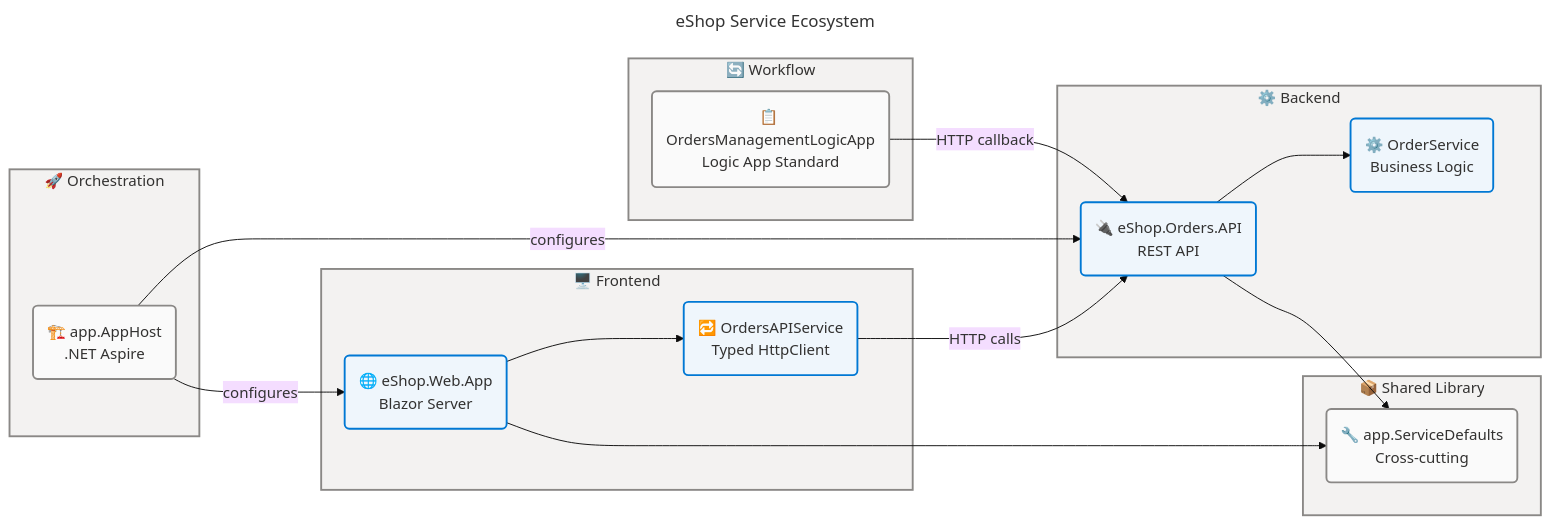
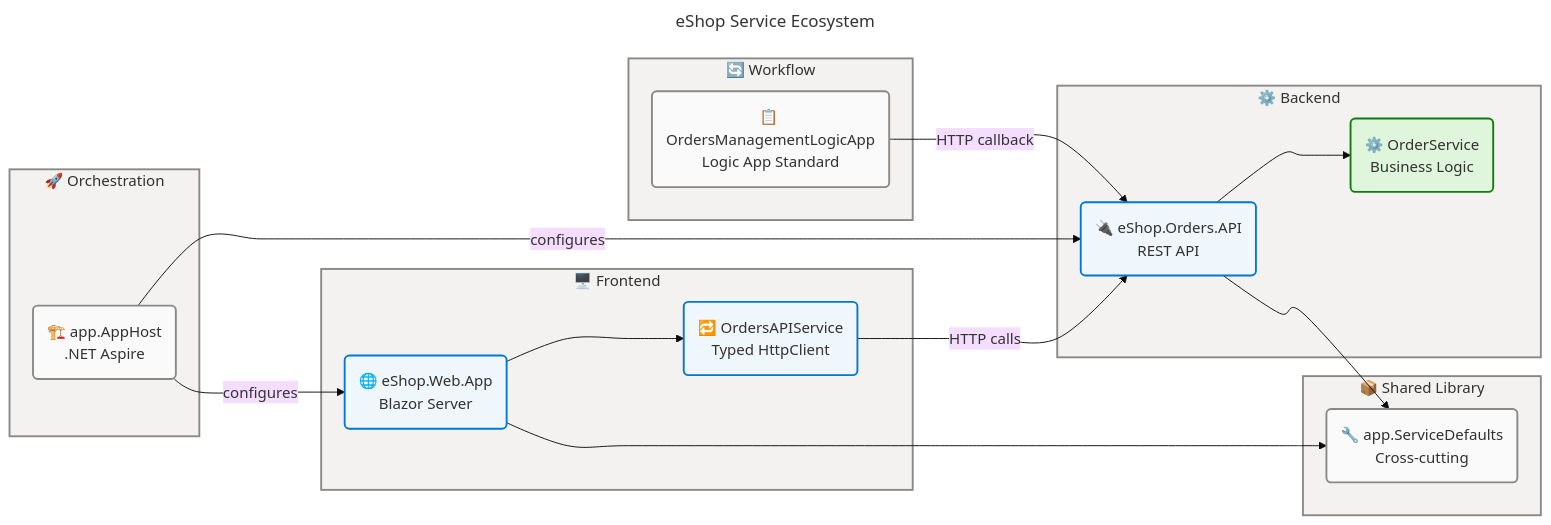
Before and after one commit to Evilazaro/Azure-LogicApps-Monitoring: the second of 8 diagrams in docs/architecture/application-architecture.md, drawn with Mermaid. The commit also changed other lines of this file, not shown here.

Commit message:
Enhance Mermaid diagrams with improved label formatting and curve settings for better readability

````diff
--- a/docs/architecture/application-architecture.md
+++ b/docs/architecture/application-architecture.md
@@ -124,68 +125,70 @@
 ```mermaid
 ---
 title: eShop Service Ecosystem
 config:
   theme: base
   look: classic
   layout: dagre
   themeVariables:
     fontSize: '16px'
   flowchart:
     htmlLabels: true
+    curve: cardinal
 ---
 flowchart LR
     accTitle: eShop Service Ecosystem Map
     accDescr: Shows all application components with inter-service relationships, shared libraries, and dependency directions. WCAG AA compliant.
 
     %% ═══════════════════════════════════════════════════════════════════════════
     %% AZURE / FLUENT ARCHITECTURE PATTERN v1.1
     %% (Semantic + Structural + Font + Accessibility Governance)
     %% ═══════════════════════════════════════════════════════════════════════════
     %% PHASE 1 - FLUENT UI: All styling uses approved Fluent UI palette only
     %% PHASE 2 - GROUPS: Every subgraph has semantic color via style directive
     %% PHASE 3 - COMPONENTS: Every node has semantic classDef + icon prefix
     %% PHASE 4 - ACCESSIBILITY: accTitle/accDescr present, WCAG AA contrast
     %% PHASE 5 - STANDARD: Governance block present, classDefs centralized
     %% ═══════════════════════════════════════════════════════════════════════════
 
     subgraph ORCH["🚀 Orchestration"]
-        AH("🏗️ app.AppHost\n.NET Aspire"):::neutral
+        AH("🏗️ app.AppHost<br>.NET Aspire"):::neutral
     end
 
     subgraph SHARED["📦 Shared Library"]
-        SD("🔧 app.ServiceDefaults\nCross-cutting"):::neutral
+        SD("🔧 app.ServiceDefaults<br>Cross-cutting"):::neutral
     end
 
     subgraph FE["🖥️ Frontend"]
-        WEB("🌐 eShop.Web.App\nBlazor Server"):::core
-        APIS("🔁 OrdersAPIService\nTyped HttpClient"):::core
+        WEB("🌐 eShop.Web.App<br>Blazor Server"):::core
+        APIS("🔁 OrdersAPIService<br>Typed HttpClient"):::core
     end
 
     subgraph BE["⚙️ Backend"]
-        API("🔌 eShop.Orders.API\nREST API"):::core
-        SVC("⚙️ OrderService\nBusiness Logic"):::core
+        API("🔌 eShop.Orders.API<br>REST API"):::core
+        SVC("⚙️ OrderService<br>Business Logic"):::success
     end
 
     subgraph WF["🔄 Workflow"]
-        LA("📋 OrdersManagementLogicApp\nLogic App Standard"):::neutral
+        LA("📋 OrdersManagementLogicApp<br>Logic App Standard"):::neutral
     end
 
     AH -->|"configures"| WEB
     AH -->|"configures"| API
     WEB --> SD
     API --> SD
     WEB --> APIS
     APIS -->|"HTTP calls"| API
     API --> SVC
     LA -->|"HTTP callback"| API
 
     style ORCH fill:#F3F2F1,stroke:#8A8886,stroke-width:2px,color:#323130
     style SHARED fill:#F3F2F1,stroke:#8A8886,stroke-width:2px,color:#323130
     style FE fill:#F3F2F1,stroke:#8A8886,stroke-width:2px,color:#323130
     style BE fill:#F3F2F1,stroke:#8A8886,stroke-width:2px,color:#323130
     style WF fill:#F3F2F1,stroke:#8A8886,stroke-width:2px,color:#323130
 
     %% Centralized classDefs
     classDef neutral fill:#FAFAFA,stroke:#8A8886,stroke-width:2px,color:#323130
     classDef core fill:#EFF6FC,stroke:#0078D4,stroke-width:2px,color:#323130
+    classDef success fill:#DFF6DD,stroke:#107C10,stroke-width:2px,color:#323130
 ```
````
